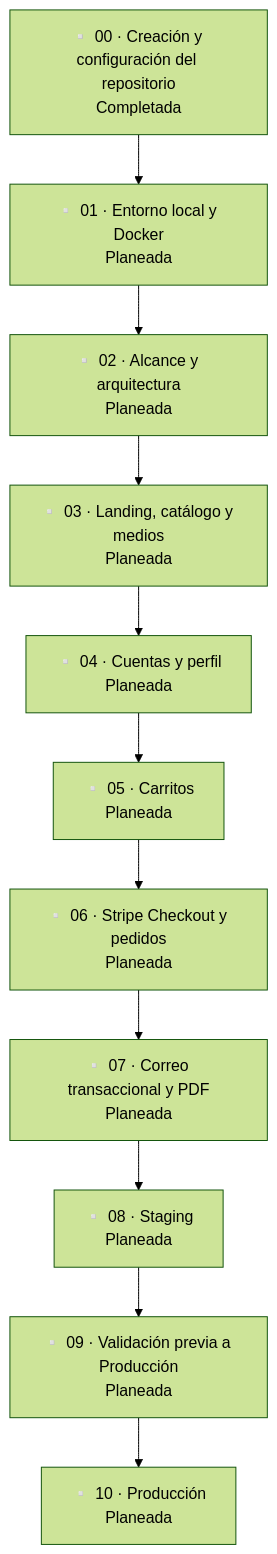
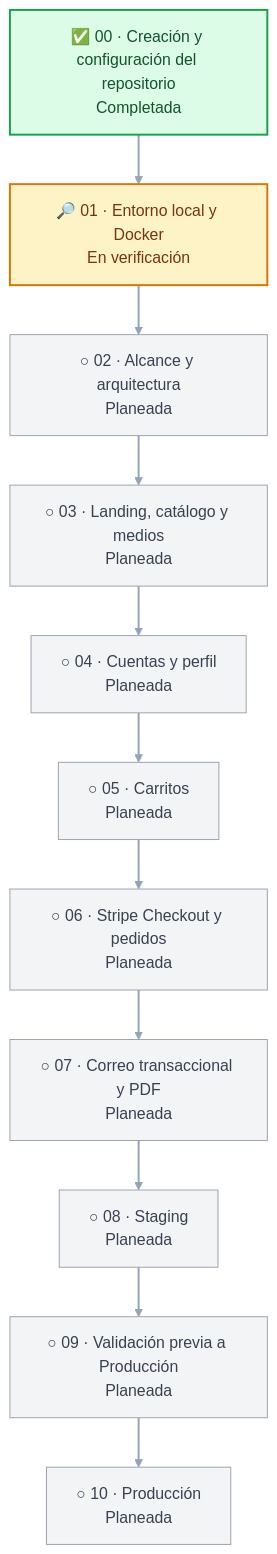
Before and after one commit to sadamlg/sr_del_mictlan: the diagram in docs/ROADMAP.md, drawn with Mermaid (forest theme). The commit also changed other lines of this file and 3 other files, not shown here.

````diff
--- a/docs/ROADMAP.md
+++ b/docs/ROADMAP.md
@@ -23,13 +23,23 @@
 ```mermaid
 flowchart TB
-    p00["▫️ 00 · Creación y configuración del repositorio<br/>Completada"] --> p01
-    p01["▫️ 01 · Entorno local y Docker<br/>Planeada"] --> p02["▫️ 02 · Alcance y arquitectura<br/>Planeada"]
-    p02 --> p03["▫️ 03 · Landing, catálogo y medios<br/>Planeada"]
-    p03 --> p04["▫️ 04 · Cuentas y perfil<br/>Planeada"]
-    p04 --> p05["▫️ 05 · Carritos<br/>Planeada"]
-    p05 --> p06["▫️ 06 · Stripe Checkout y pedidos<br/>Planeada"]
-    p06 --> p07["▫️ 07 · Correo transaccional y PDF<br/>Planeada"]
-    p07 --> p08["▫️ 08 · Staging<br/>Planeada"]
-    p08 --> p09["▫️ 09 · Validación previa a Producción<br/>Planeada"]
-    p09 --> p10["▫️ 10 · Producción<br/>Planeada"]
+    p00["✅ 00 · Creación y configuración del repositorio<br/>Completada"] --> p01
+    p01["🔎 01 · Entorno local y Docker<br/>En verificación"] --> p02["○ 02 · Alcance y arquitectura<br/>Planeada"]
+    p02 --> p03["○ 03 · Landing, catálogo y medios<br/>Planeada"]
+    p03 --> p04["○ 04 · Cuentas y perfil<br/>Planeada"]
+    p04 --> p05["○ 05 · Carritos<br/>Planeada"]
+    p05 --> p06["○ 06 · Stripe Checkout y pedidos<br/>Planeada"]
+    p06 --> p07["○ 07 · Correo transaccional y PDF<br/>Planeada"]
+    p07 --> p08["○ 08 · Staging<br/>Planeada"]
+    p08 --> p09["○ 09 · Validación previa a Producción<br/>Planeada"]
+    p09 --> p10["○ 10 · Producción<br/>Planeada"]
+
+    classDef completed fill:#dcfce7,stroke:#16a34a,color:#14532d,stroke-width:2px;
+    classDef active fill:#fef3c7,stroke:#d97706,color:#78350f,stroke-width:2px;
+    classDef planned fill:#f3f4f6,stroke:#9ca3af,color:#374151;
+
+    class p00 completed;
+    class p01 active;
+    class p02,p03,p04,p05,p06,p07,p08,p09,p10 planned;
+
+    linkStyle default stroke:#94a3b8,stroke-width:2px;
 ```
````
